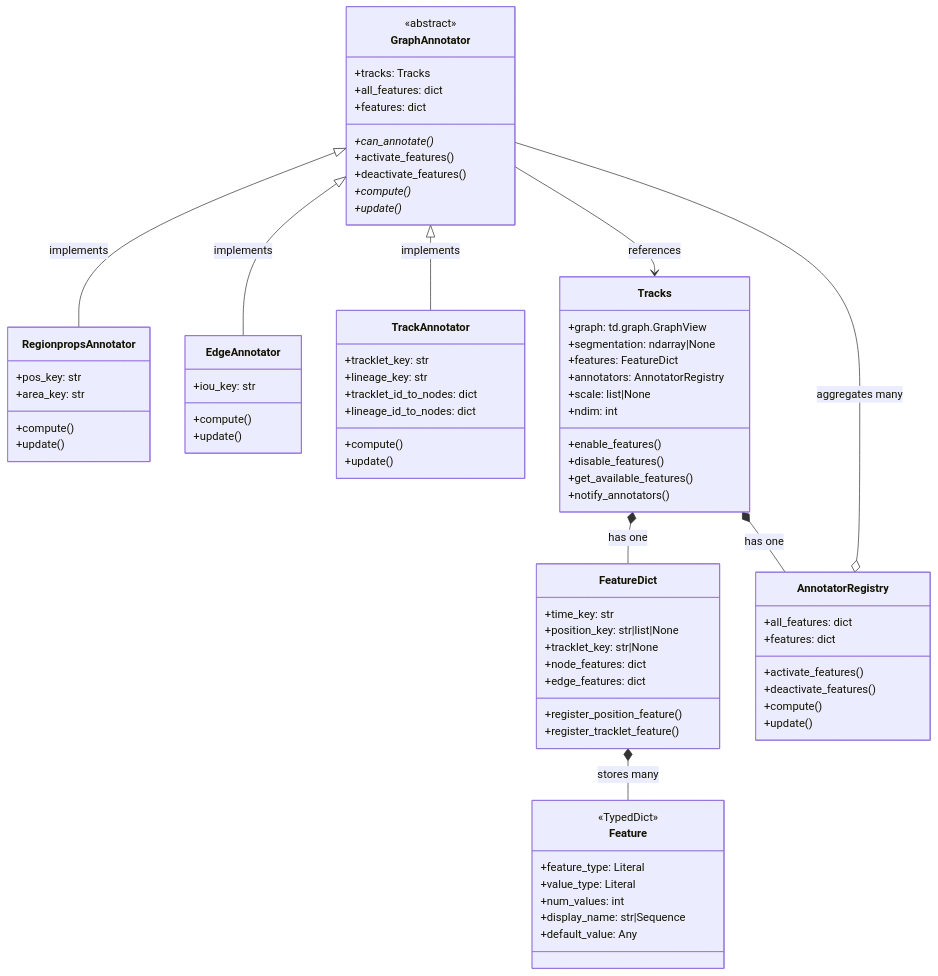
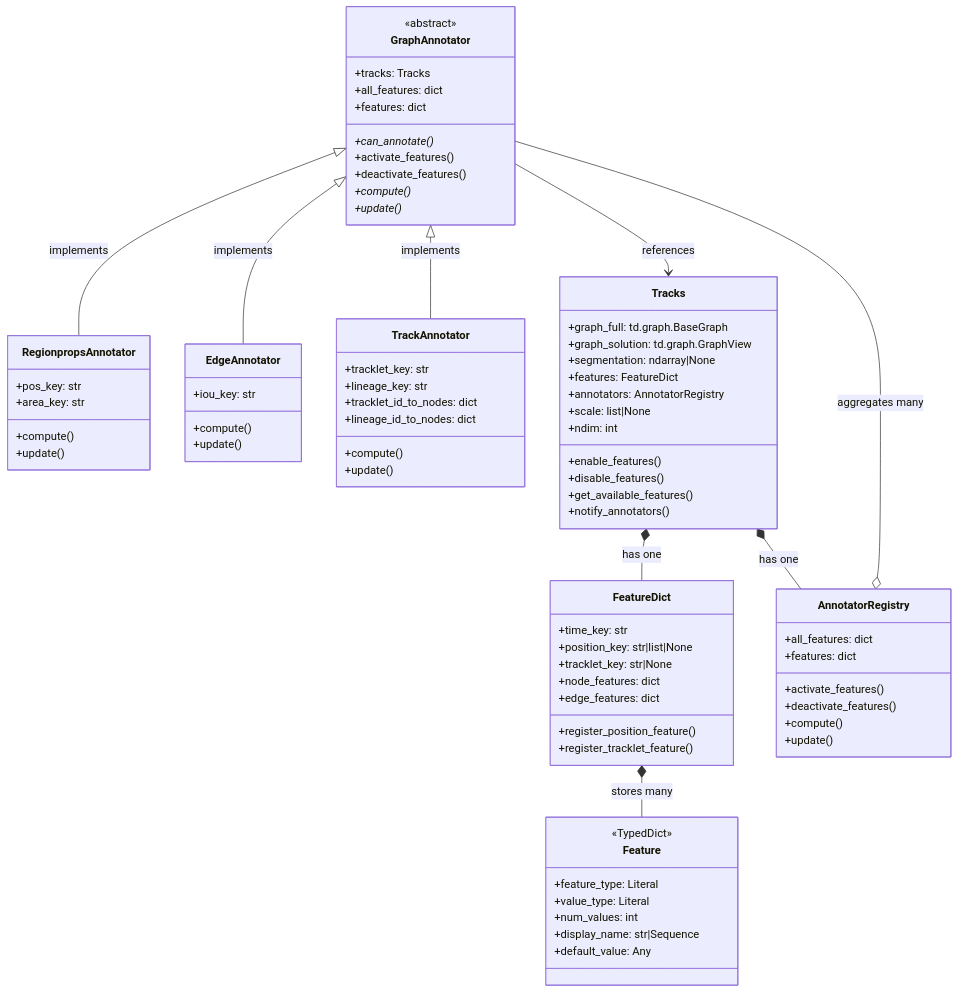
Before and after one commit to funkelab/funtracks: the diagram in docs/features.md, drawn with Mermaid. The commit also changed other lines of this file and 21 other files, not shown here.

Commit message:
make graph_full the MAIN graph and graph_solution merely a view of it, full invert

```diff
--- a/docs/features.md
+++ b/docs/features.md
@@ -149,7 +149,8 @@
     }
 
     class Tracks {
-        +graph: td.graph.GraphView
+        +graph_full: td.graph.BaseGraph
+        +graph_solution: td.graph.GraphView
         +segmentation: ndarray|None
         +features: FeatureDict
         +annotators: AnnotatorRegistry
```
